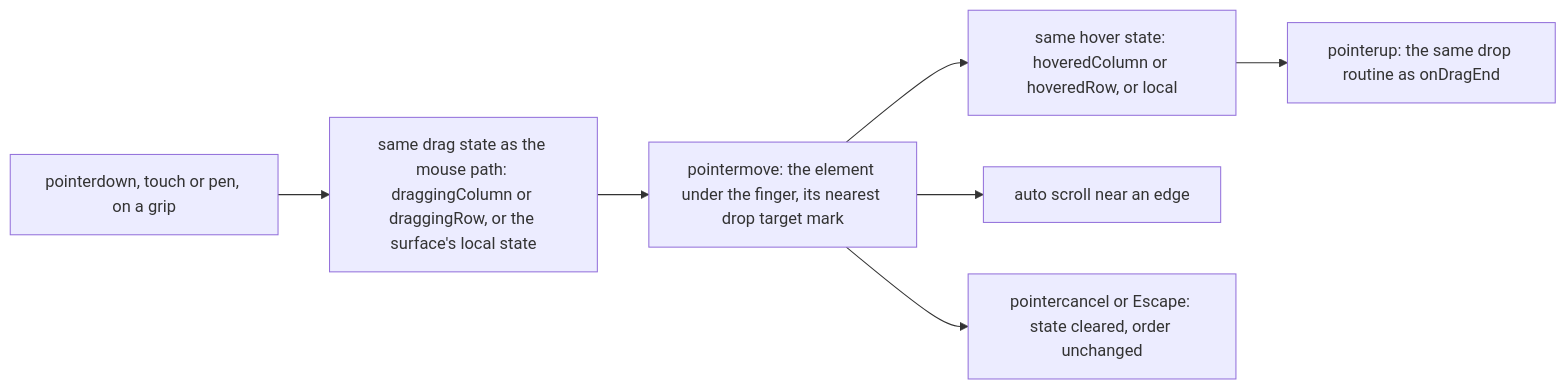
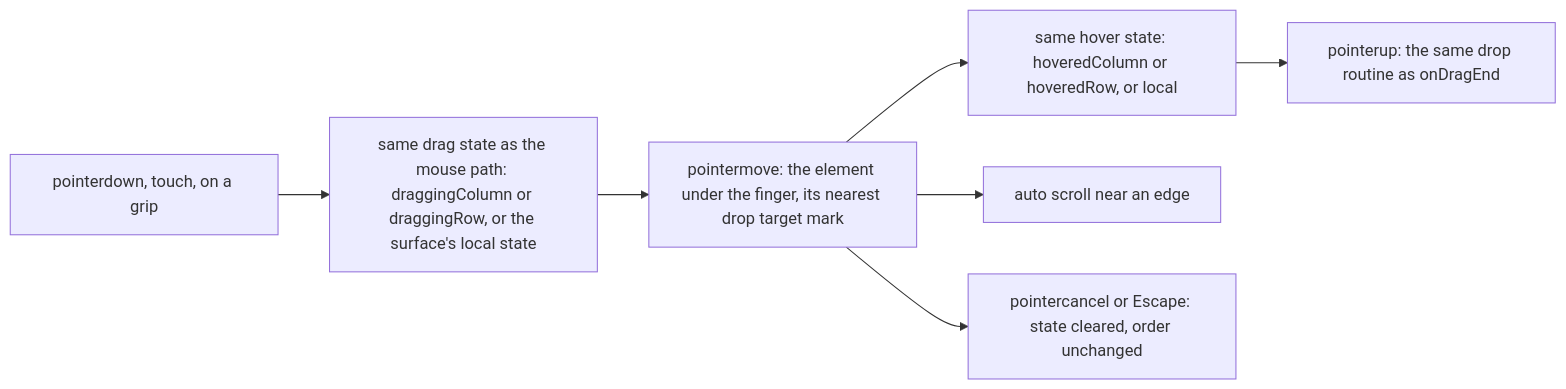
Before and after one commit to anindosarker/shadcn-table: the diagram in .ai/plans/v0.9.x/anindosarker/plan/specs/62-touch-reorder.md, drawn with Mermaid. The commit also changed other lines of this file and 6 other files, not shown here.

````diff
--- a/.ai/plans/v0.9.x/anindosarker/plan/specs/62-touch-reorder.md
+++ b/.ai/plans/v0.9.x/anindosarker/plan/specs/62-touch-reorder.md
@@ -64,9 +64,9 @@
 ```mermaid
 flowchart LR
-  D[pointerdown, touch or pen, on a grip] --> S[same drag state as the mouse path: draggingColumn or draggingRow, or the surface's local state]
+  D[pointerdown, touch, on a grip] --> S[same drag state as the mouse path: draggingColumn or draggingRow, or the surface's local state]
   S --> M[pointermove: the element under the finger, its nearest drop target mark]
   M --> H[same hover state: hoveredColumn or hoveredRow, or local]
   M --> A[auto scroll near an edge]
   H --> U[pointerup: the same drop routine as onDragEnd]
   M --> X[pointercancel or Escape: state cleared, order unchanged]
 ```
````
